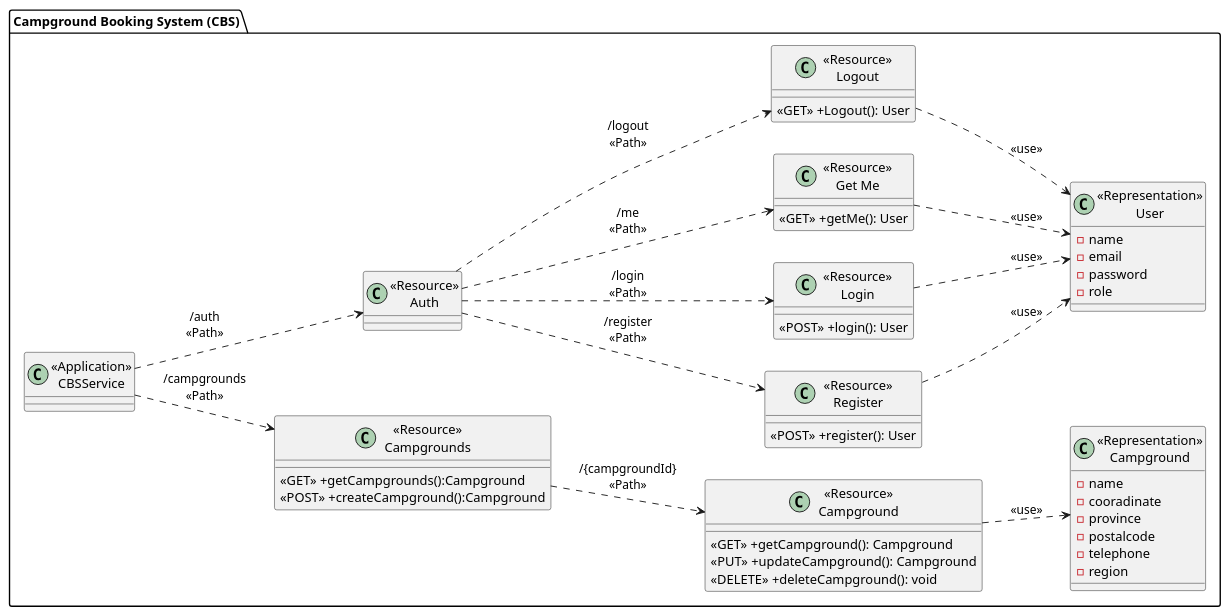
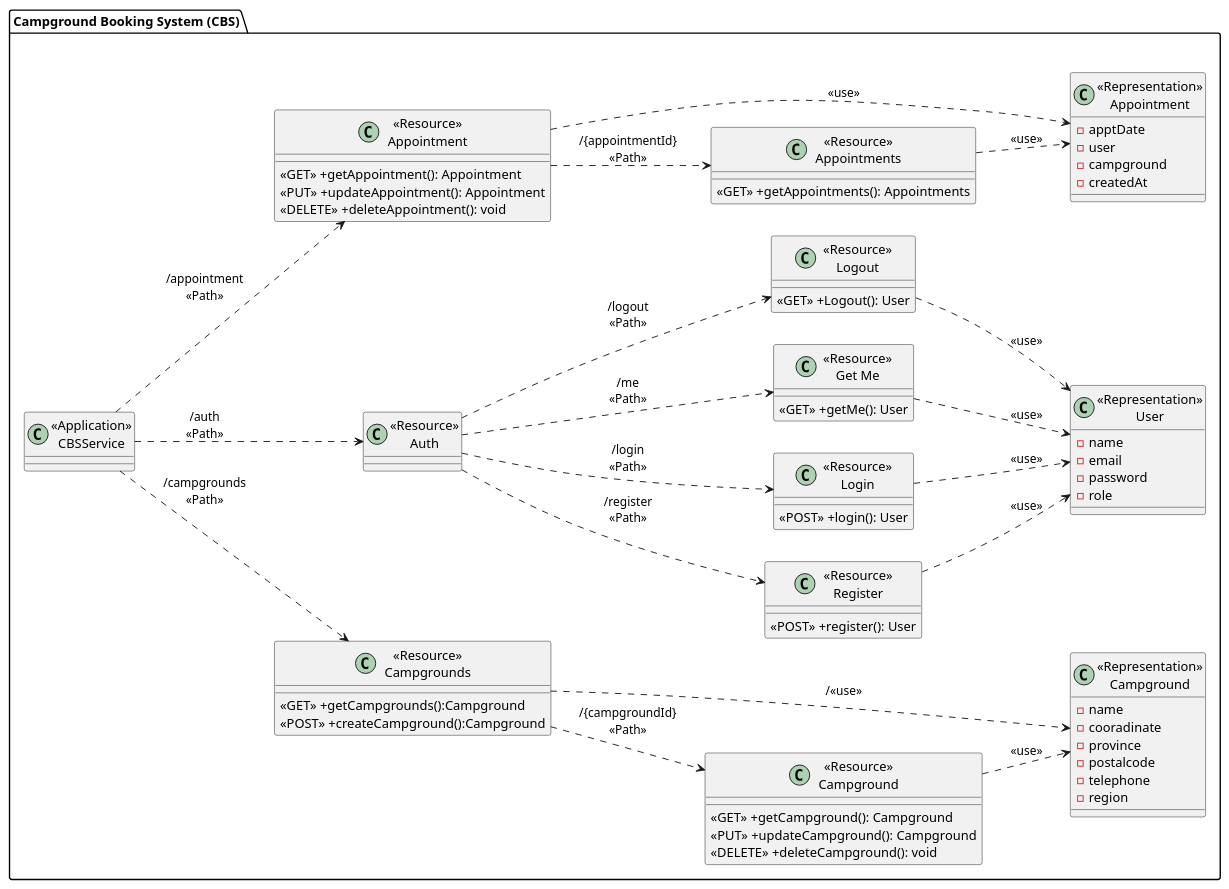
Before and after one commit to FaiiFaiipuipui/CEDT_Y1T2_backend-campgroundbooking: the diagram in diagram/CampgroundClass.puml, drawn with PlantUML. The commit also changed 1 other file, not shown here.

Commit message:
Modify class diagram

```diff
--- a/diagram/CampgroundClass.puml
+++ b/diagram/CampgroundClass.puml
@@ -1,67 +1,90 @@
 @startuml
 left to right direction
 package "Campground Booking System (CBS)"{
     class "<<Application>>\nCBSService" as CBSService{}
 
     class "<<Resource>>\nCampgrounds" as ResourceCampgrounds{
         <<GET>> +getCampgrounds():Campground
         <<POST>> +createCampground():Campground
     }
 
     class "<<Resource>>\nCampground" as ResourceCampground {
         <<GET>> +getCampground(): Campground
         <<PUT>> +updateCampground(): Campground
         <<DELETE>> +deleteCampground(): void
     }
 
     class "<<Representation>>\nCampground" as RepresentationCampground {
         -name
         -cooradinate
         -province
         -postalcode
         -telephone
         -region
     }
 
     class "<<Resource>>\nAuth" as ResourceAuth{
         
     }
 
     class "<<Resource>>\nRegister" as RegisterService {
         <<POST>> +register(): User
     }
 
     class "<<Resource>>\nLogin" as LoginService {
         <<POST>> +login(): User
     }
 
     class "<<Resource>>\nGet Me" as GetMeService {
         <<GET>> +getMe(): User
     }
     class "<<Resource>>\nLogout" as LogoutService {
         <<GET>> +Logout(): User
     }
 
     class "<<Representation>>\nUser" as RepresentationUser {
         -name
         -email
         -password
         -role
     }
+
+    class "<<Resource>>\nAppointments" as ResourceAppointments{
+        <<GET>> +getAppointments(): Appointments
+    }
+
+    class "<<Resource>>\nAppointment" as ResourceAppointment{
+        <<GET>> +getAppointment(): Appointment
+        <<PUT>> +updateAppointment(): Appointment
+        <<DELETE>> +deleteAppointment(): void
+    }
+
+    class "<<Representation>>\nAppointment" as RepresentationAppointment {
+        -apptDate
+        -user
+        -campground
+        -createdAt
+    }
 }
 
 CBSService ..> ResourceCampgrounds:"/campgrounds\n<<Path>>"
 ResourceCampgrounds ..> ResourceCampground: "/{campgroundId}\n<<Path>>"
+ResourceCampgrounds ..> RepresentationCampground: "/<<use>>"
 ResourceCampground ..> RepresentationCampground: "<<use>>"
 
 CBSService ..> ResourceAuth:"/auth\n<<Path>>"
 ResourceAuth ..> RegisterService: "/register\n<<Path>>"
 ResourceAuth ..> LoginService: "/login\n<<Path>>"
 ResourceAuth ..> GetMeService: "/me\n<<Path>>"
 ResourceAuth ..> LogoutService: "/logout\n<<Path>>"
 RegisterService ..> RepresentationUser: "<<use>>"
 LoginService ..> RepresentationUser: "<<use>>"
 GetMeService ..> RepresentationUser: "<<use>>"
 LogoutService ..> RepresentationUser: "<<use>>"
 
+CBSService ..> ResourceAppointment: "/appointment\n<<Path>>"
+ResourceAppointment ..> ResourceAppointments: "/{appointmentId}\n<<Path>>"
+ResourceAppointment ..> RepresentationAppointment: "<<use>>"
+ResourceAppointments ..> RepresentationAppointment: "<<use>>"
+
 @enduml
```
